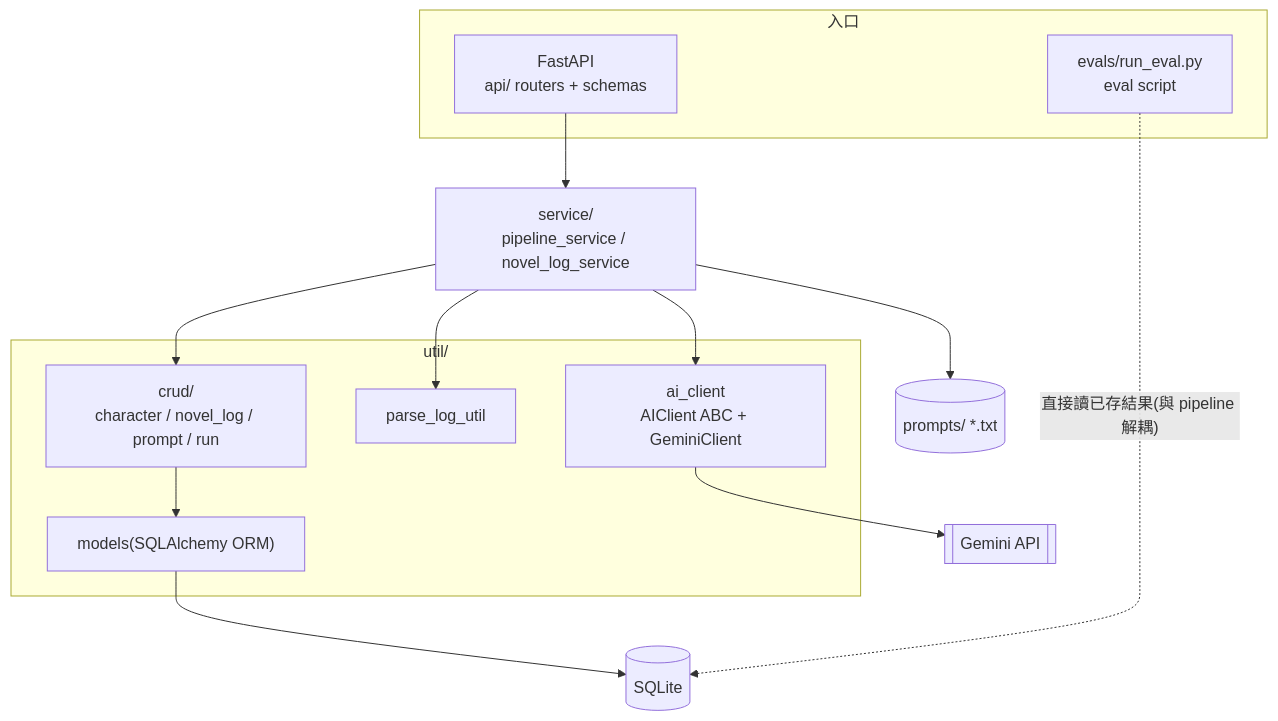
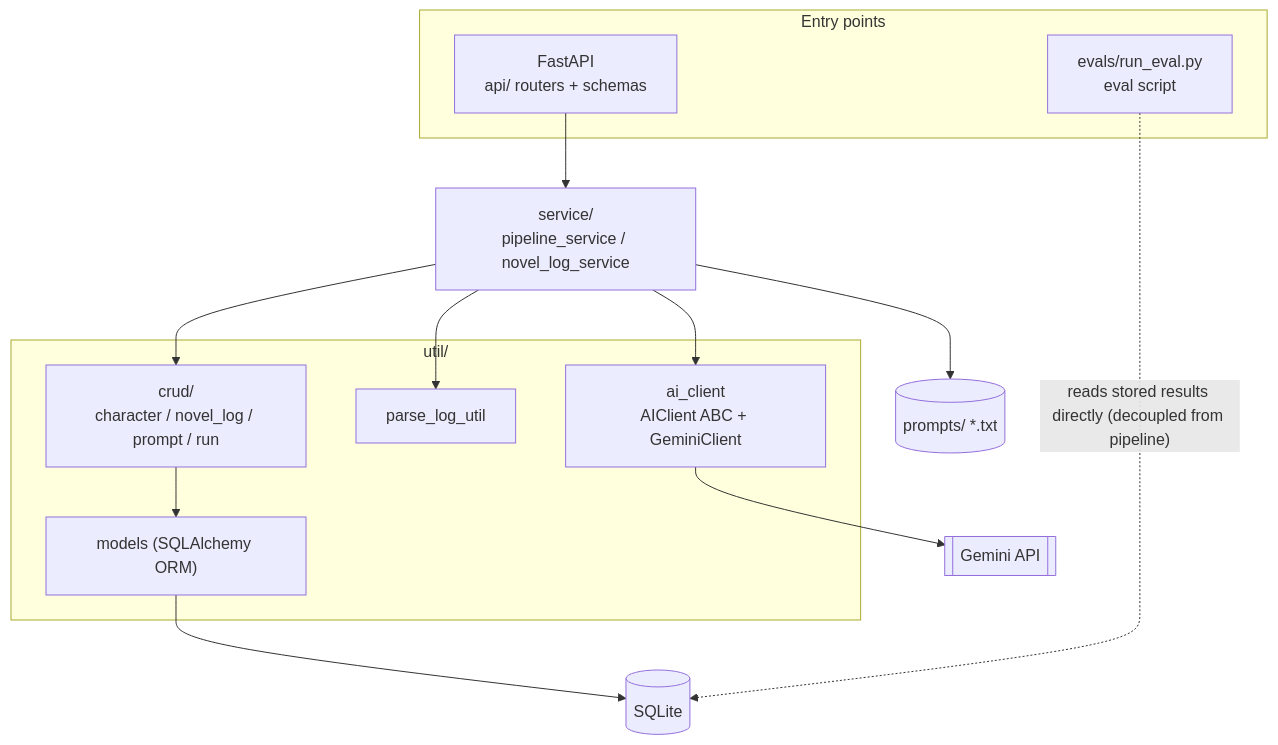
One commit to weifhsiao/narrative-analysis-pipeline changed the diagram in README.md. Above: the diagram before and after it, drawn with Mermaid. The commit also changed other lines of this file and 1 other file, not shown here.

````diff
--- a/README.md
+++ b/README.md
@@ -15,27 +17,27 @@
 ```mermaid
 flowchart TB
-    subgraph entries["入口"]
+    subgraph entries["Entry points"]
         API["FastAPI<br/>api/ routers + schemas"]
         EvalScript["evals/run_eval.py<br/>eval script"]
     end
 
     Service["service/<br/>pipeline_service / novel_log_service"]
 
     subgraph util["util/"]
         AIClient["ai_client<br/>AIClient ABC + GeminiClient"]
         Parser["parse_log_util"]
         CRUD["crud/<br/>character / novel_log / prompt / run"]
-        Models["models(SQLAlchemy ORM)"]
+        Models["models (SQLAlchemy ORM)"]
     end
 
     Prompts[("prompts/ *.txt")]
     DB[("SQLite")]
     Gemini[["Gemini API"]]
 
     API --> Service
     Service --> Parser
     Service --> Prompts
     Service --> AIClient --> Gemini
     Service --> CRUD --> Models --> DB
-    EvalScript -. "直接讀已存結果(與 pipeline 解耦)" .-> DB
+    EvalScript -. "reads stored results directly (decoupled from pipeline)" .-> DB
 ```
````
